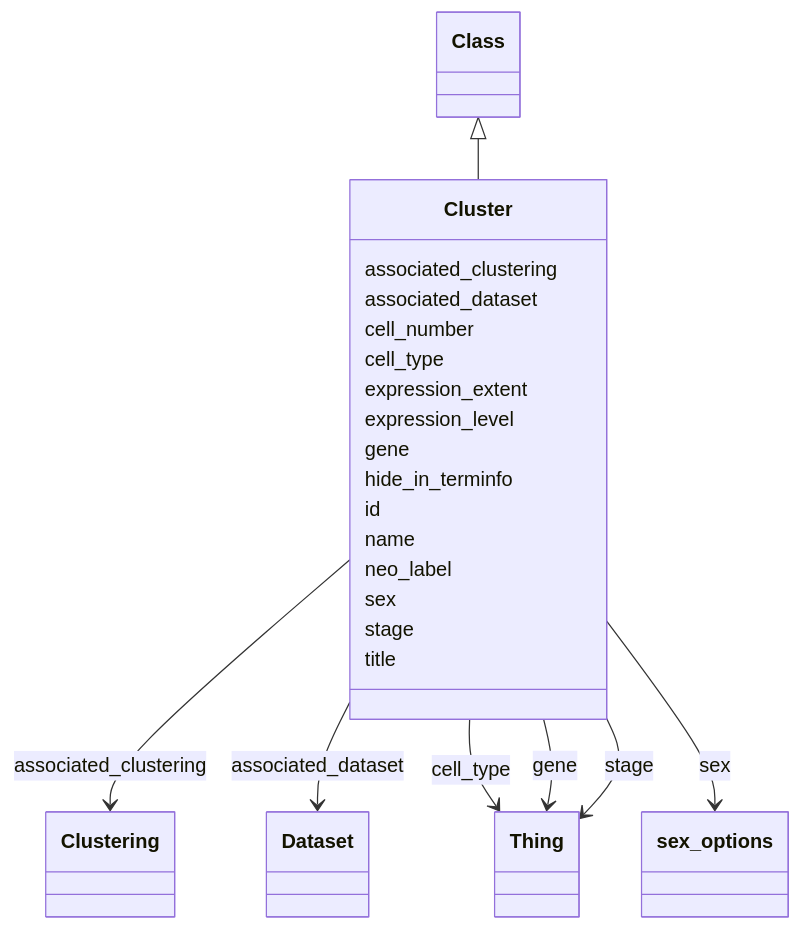
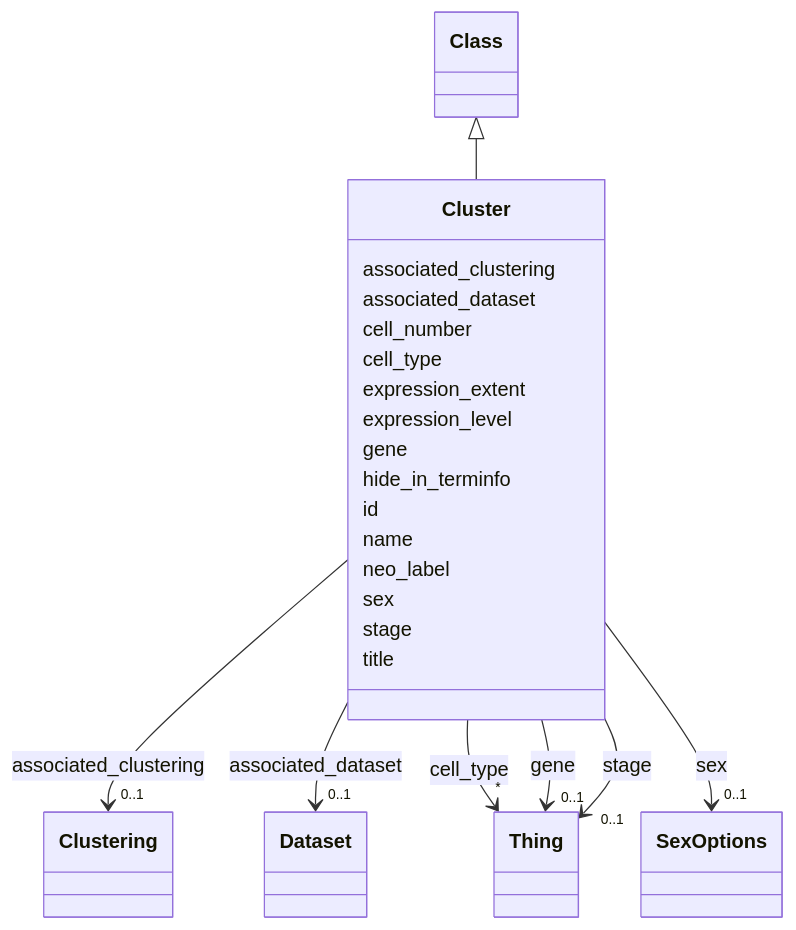
One commit to VirtualFlyBrain/vfb-scRNAseq-ontology changed the diagram in docs/Cluster.md. Above: the diagram before and after it, drawn with Mermaid. The commit also changed other lines of this file and 52 other files, not shown here.

````diff
--- a/docs/Cluster.md
+++ b/docs/Cluster.md
@@ -10,47 +14,79 @@
 ```mermaid
  classDiagram
     class Cluster
+    click Cluster href "../Cluster"
       Class <|-- Cluster
+        click Class href "../Class"
       
       Cluster : associated_clustering
         
-          Cluster --> Clustering : associated_clustering
+          
+    
+    
+    Cluster --> "0..1" Clustering : associated_clustering
+    click Clustering href "../Clustering"
+
         
       Cluster : associated_dataset
         
-          Cluster --> Dataset : associated_dataset
+          
+    
+    
+    Cluster --> "0..1" Dataset : associated_dataset
+    click Dataset href "../Dataset"
+
         
       Cluster : cell_number
         
       Cluster : cell_type
         
-          Cluster --> Thing : cell_type
+          
+    
+    
+    Cluster --> "*" Thing : cell_type
+    click Thing href "../Thing"
+
         
       Cluster : expression_extent
         
       Cluster : expression_level
         
       Cluster : gene
         
-          Cluster --> Thing : gene
+          
+    
+    
+    Cluster --> "0..1" Thing : gene
+    click Thing href "../Thing"
+
         
       Cluster : hide_in_terminfo
         
       Cluster : id
         
       Cluster : name
         
       Cluster : neo_label
         
       Cluster : sex
         
-          Cluster --> sex_options : sex
+          
+    
+    
+    Cluster --> "0..1" SexOptions : sex
+    click SexOptions href "../SexOptions"
+
         
       Cluster : stage
         
-          Cluster --> Thing : stage
+          
+    
+    
+    Cluster --> "0..1" Thing : stage
+    click Thing href "../Thing"
+
         
       Cluster : title
         
       
 ```
````
